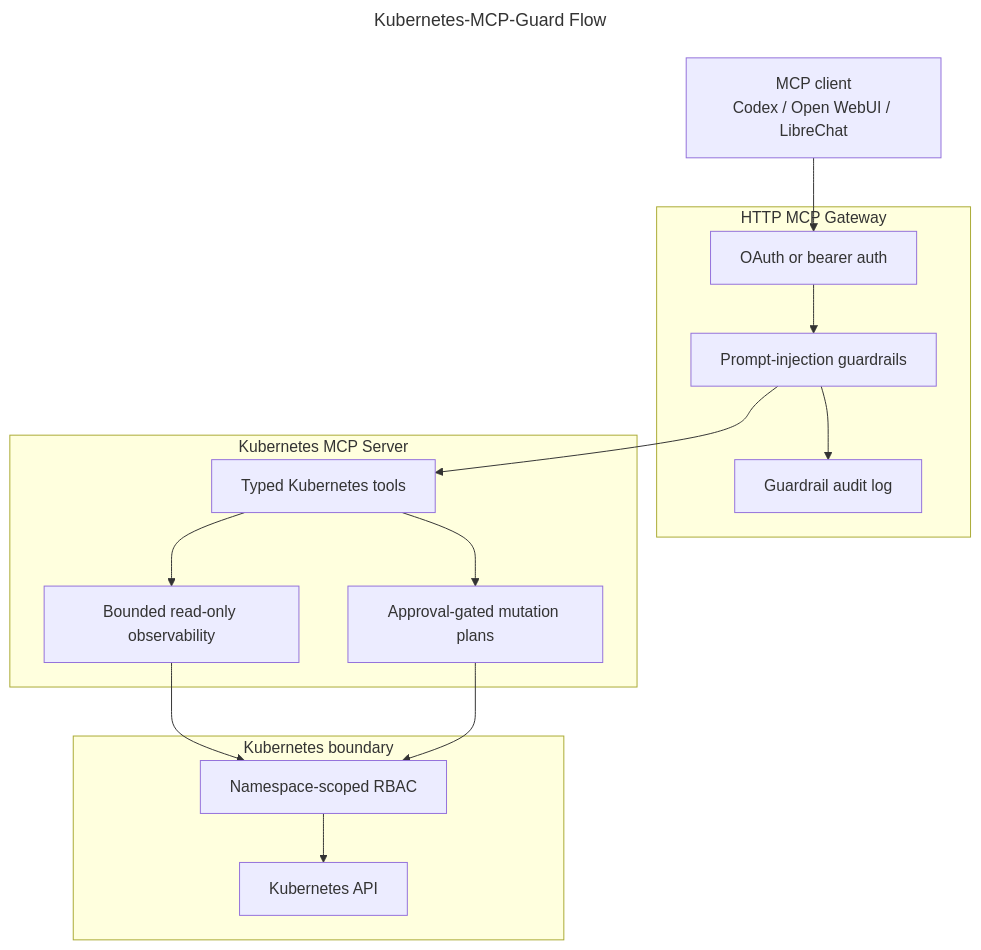
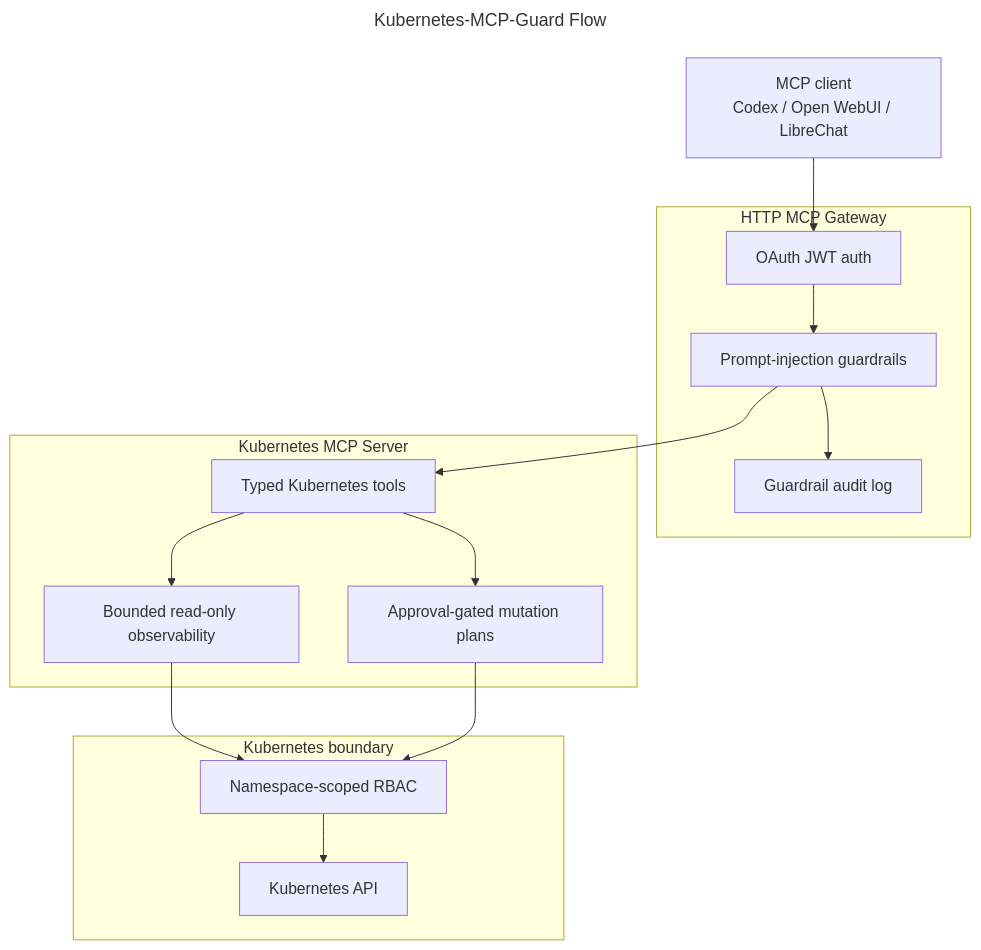
One commit to mirusser/Kubernetes-MCP-Guard changed the first of 2 diagrams in README.md. Above: the diagram before and after it, drawn with Mermaid. The commit also changed other lines of this file, not shown here.

````diff
--- a/README.md
+++ b/README.md
@@ -34,34 +34,34 @@
 ```mermaid
 ---
 title: Kubernetes-MCP-Guard Flow
 ---
 flowchart TB
     Client["MCP client<br/>Codex / Open WebUI / LibreChat"]
 
     subgraph Gateway["HTTP MCP Gateway"]
-        Auth["OAuth or bearer auth"]
+        Auth["OAuth JWT auth"]
         Guardrails["Prompt-injection guardrails"]
         Audit["Guardrail audit log"]
         Auth --> Guardrails
         Guardrails --> Audit
     end
 
     subgraph Server["Kubernetes MCP Server"]
         Tools["Typed Kubernetes tools"]
         ReadOnly["Bounded read-only observability"]
         Plans["Approval-gated mutation plans"]
         Tools --> ReadOnly
         Tools --> Plans
     end
 
     subgraph Kubernetes["Kubernetes boundary"]
         RBAC["Namespace-scoped RBAC"]
         API["Kubernetes API"]
         RBAC --> API
     end
 
     Client --> Auth
     Guardrails --> Tools
     ReadOnly --> RBAC
     Plans --> RBAC
 ```
````
